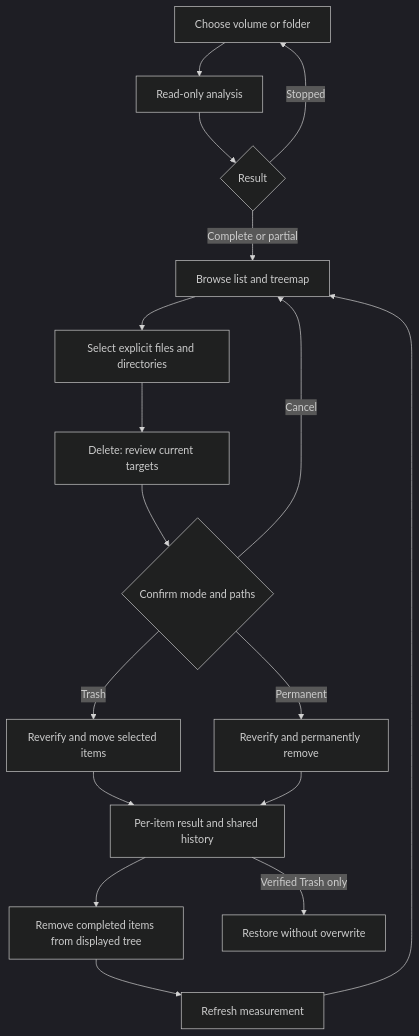
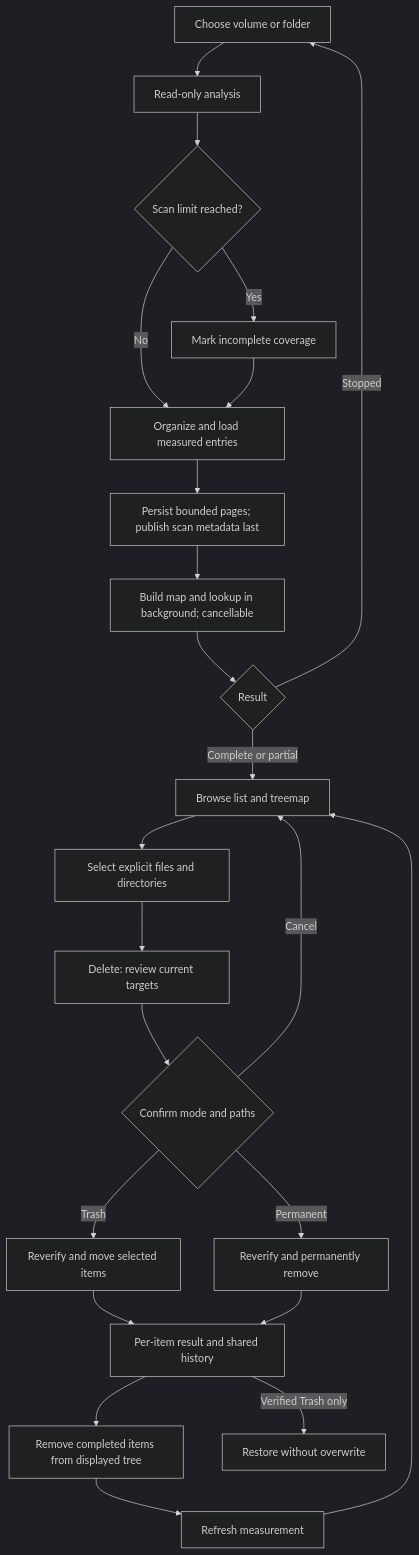
Before and after one commit to limecloud/shou: the second of 3 diagrams in docs/product/space-analysis.md, drawn with Mermaid (dark theme). The commit also changed other lines of this file and 17 other files, not shown here.

````diff
--- a/docs/product/space-analysis.md
+++ b/docs/product/space-analysis.md
@@ -34,19 +36,25 @@
 ```mermaid
 flowchart TD
   A[Choose volume or folder] --> B[Read-only analysis]
-  B --> C{Result}
+  B --> Limit{Scan limit reached?}
+  Limit -->|Yes| Partial[Mark incomplete coverage]
+  Limit -->|No| Prepare[Organize and load measured entries]
+  Partial --> Prepare
+  Prepare --> Save[Persist bounded pages; publish scan metadata last]
+  Save --> Index[Build map and lookup in background; cancellable]
+  Index --> C{Result}
   C -->|Complete or partial| D[Browse list and treemap]
   C -->|Stopped| A
   D --> E[Select explicit files and directories]
   E --> F[Delete: review current targets]
   F --> G{Confirm mode and paths}
   G -->|Cancel| D
   G -->|Trash| H[Reverify and move selected items]
   G -->|Permanent| I[Reverify and permanently remove]
   H --> J[Per-item result and shared history]
   I --> J
   J --> K[Remove completed items from displayed tree]
   K --> L[Refresh measurement]
   L --> D
   J -->|Verified Trash only| M[Restore without overwrite]
 ```
````
